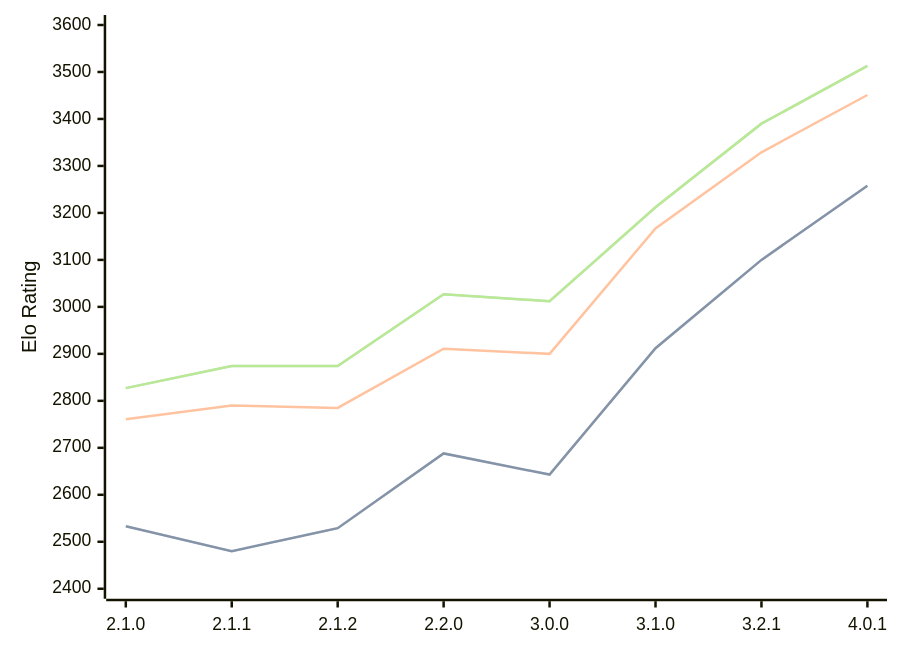
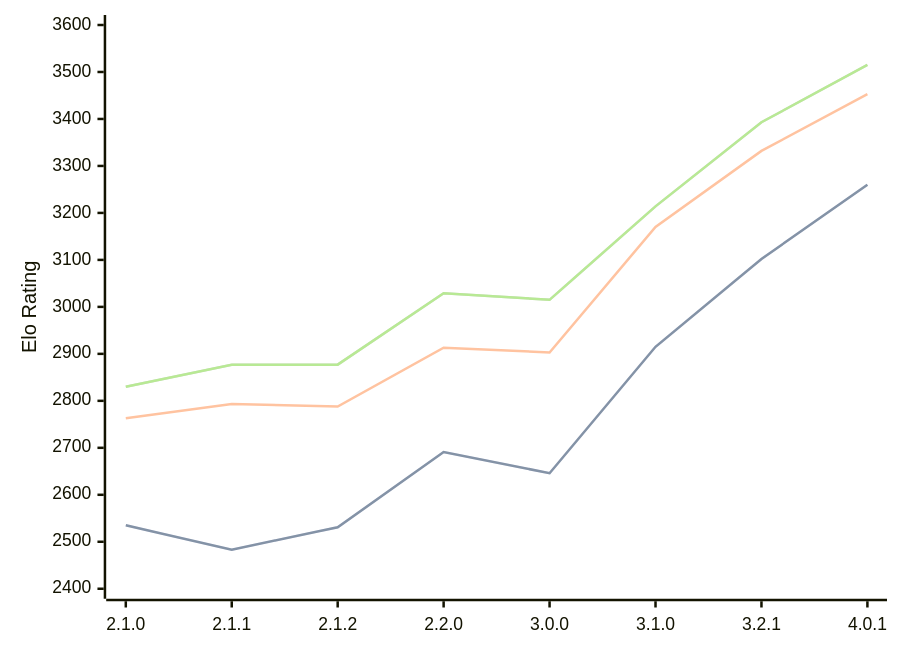
Before and after one commit to computer-chess-index/cci: the diagram in engines/Prune.md, drawn with Mermaid. The commit also changed other lines of this file, not shown here.

Commit message:
Update CCI Ratings (ELO VLTC) - 2026-09-24

````diff
--- a/engines/Prune.md
+++ b/engines/Prune.md
@@ -40,11 +40,11 @@
 ```mermaid
 %%{init: {"theme":"base","themeVariables":{"seriesColors:['#a3a3a3','#222221','#faa371']}}}%%
 xychart-beta
   x-axis ["2.1.0", "2.1.1", "2.1.2", "2.2.0", "3.0.0", "3.1.0", "3.2.1", "4.0.1"]
   y-axis "Elo Rating" 2400 --> 3600
-  line "" [2533, 2480, 2529, 2688, 2643, 2912, 3100, 3258]
-  line "STC (8.0+0.08s)" [2533, 2480, 2529, 2688, 2643, 2912, 3100, 3258]
-  line "LTC (60.0+0.60s)" [2761, 2790, 2785, 2911, 2900, 3167, 3329, 3451]
-  line "" [2827, 2874, 2874, 3027, 3012, 3212, 3390, 3513]
-  line "VLTC (2m24s+1.12s)" [2827, 2874, 2874, 3027, 3012, 3212, 3390, 3513]
+  line "" [2535, 2483, 2531, 2691, 2646, 2915, 3102, 3260]
+  line "STC (8.0+0.08s)" [2535, 2483, 2531, 2691, 2646, 2915, 3102, 3260]
+  line "LTC (60.0+0.60s)" [2763, 2793, 2788, 2913, 2903, 3170, 3332, 3453]
+  line "" [2830, 2877, 2877, 3029, 3015, 3214, 3393, 3515]
+  line "VLTC (2m24s+1.12s)" [2830, 2877, 2877, 3029, 3015, 3214, 3393, 3515]
 ```
````
